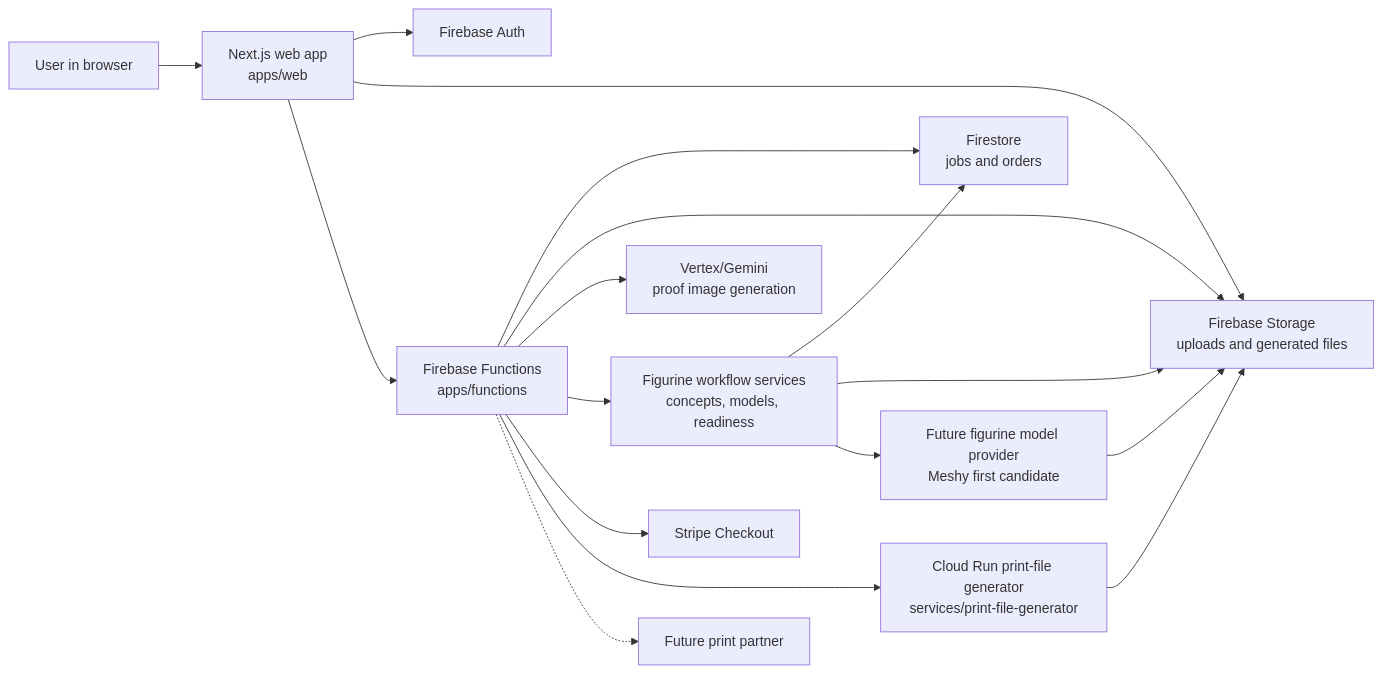
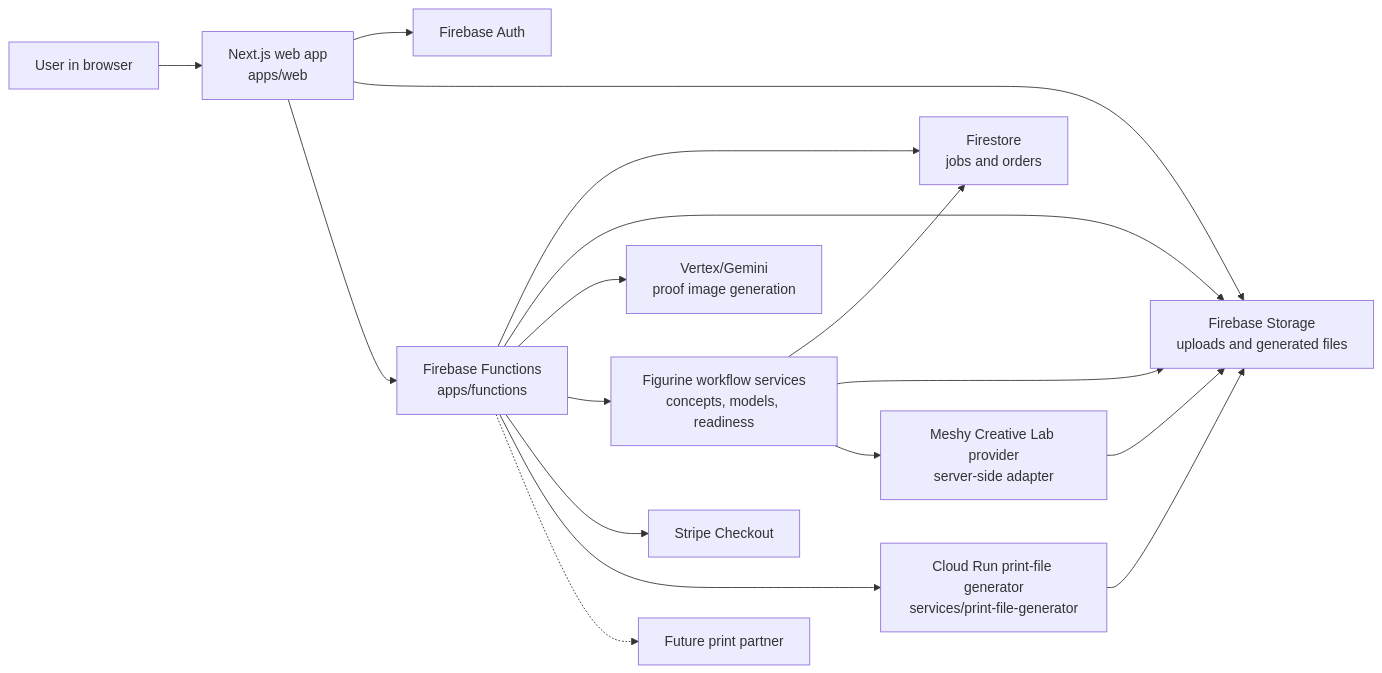
The first of 3 diagrams in README.md (KielRN/3dprintposters), drawn with Mermaid before and after one commit. The commit also changed other lines of this file and 8 other files, not shown here.

````diff
--- a/README.md
+++ b/README.md
@@ -57,32 +57,32 @@
 ```mermaid
 flowchart LR
   User["User in browser"]
   Web["Next.js web app<br/>apps/web"]
   Auth["Firebase Auth"]
   Storage["Firebase Storage<br/>uploads and generated files"]
   Firestore["Firestore<br/>jobs and orders"]
   Functions["Firebase Functions<br/>apps/functions"]
   AI["Vertex/Gemini<br/>proof image generation"]
   FigurineSvc["Figurine workflow services<br/>concepts, models, readiness"]
-  Provider["Future figurine model provider<br/>Meshy first candidate"]
+  Provider["Meshy Creative Lab provider<br/>server-side adapter"]
   Stripe["Stripe Checkout"]
   Print["Cloud Run print-file generator<br/>services/print-file-generator"]
   Fulfillment["Future print partner"]
 
   User --> Web
   Web --> Auth
   Web --> Storage
   Web --> Functions
   Functions --> Firestore
   Functions --> Storage
   Functions --> AI
   Functions --> FigurineSvc
   FigurineSvc --> Firestore
   FigurineSvc --> Storage
   FigurineSvc --> Provider
   Functions --> Stripe
   Functions --> Print
   Provider --> Storage
   Print --> Storage
   Functions -.-> Fulfillment
 ```
````
